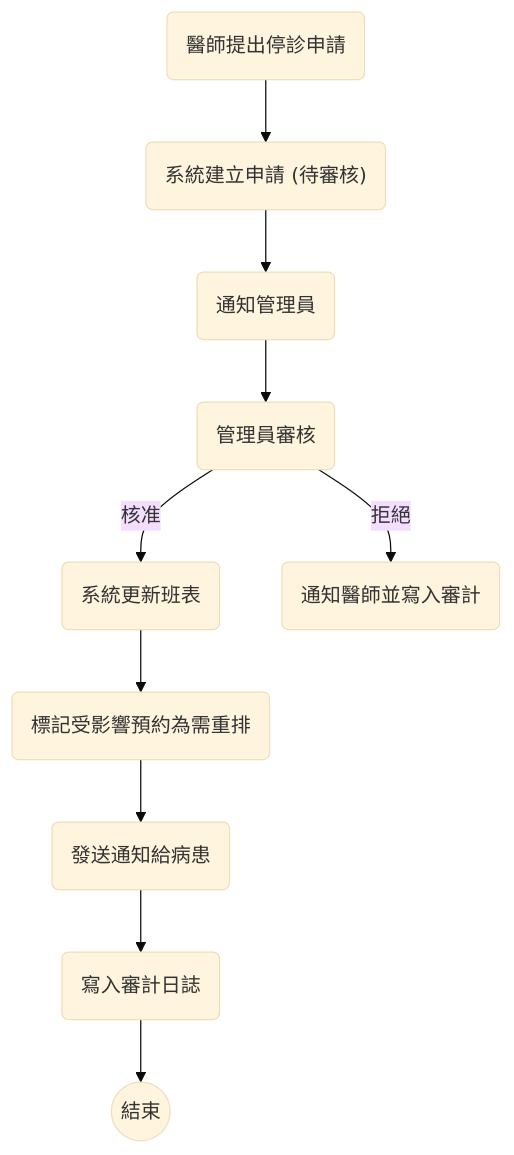
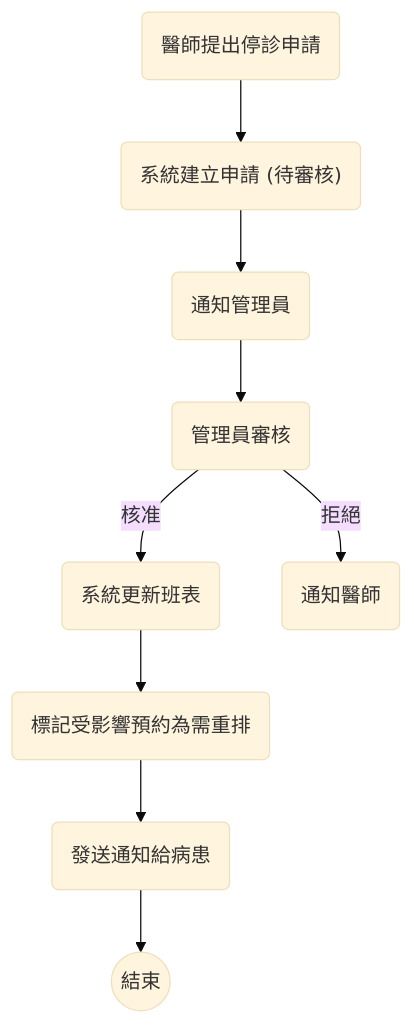
The third of 16 diagrams in prd_1.md (Dowgojashan/hospital_BMAD), drawn with Mermaid (base theme) before and after one commit.

````diff
--- a/prd_1.md
+++ b/prd_1.md
@@ -742,12 +742,11 @@
 ```mermaid
 flowchart TD
   A("醫師提出停診申請") --> B("系統建立申請 (待審核)")
   B --> C("通知管理員")
   C --> D("管理員審核")
   D -- "核准" --> E("系統更新班表")
   E --> F("標記受影響預約為需重排")
   F --> G("發送通知給病患")
-  D -- "拒絕" --> H("通知醫師並寫入審計")
-  G --> I("寫入審計日誌")
-  I --> EndNode(("結束"))
+  D -- "拒絕" --> H("通知醫師")
+  G --> EndNode(("結束"))
 ```
````
